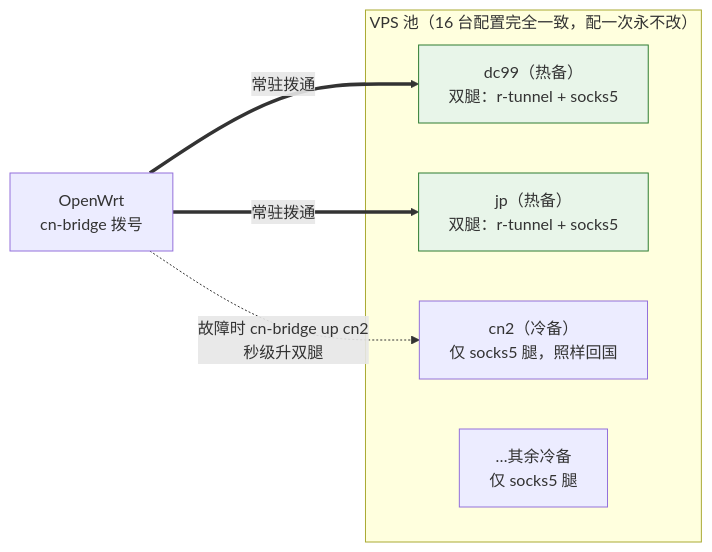
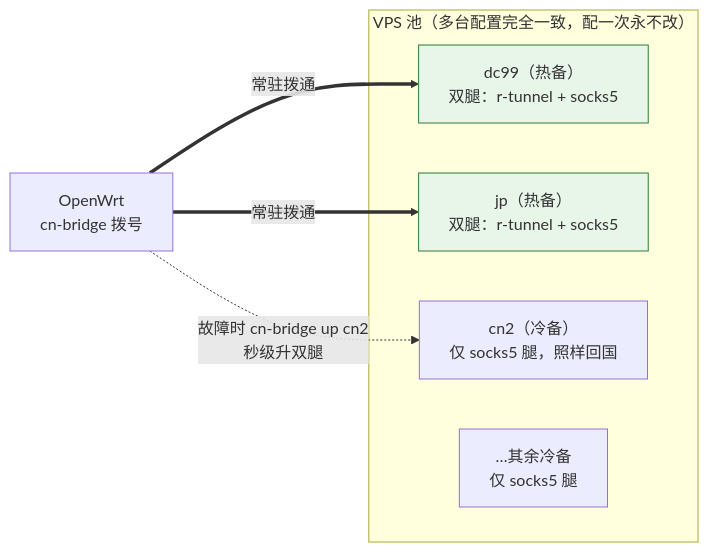
The fourth of 9 diagrams in sources/openwrt/README.md (currycan/sb-xray), drawn with Mermaid before and after one commit. The commit also changed other lines of this file and 23 other files, not shown here.

````diff
--- a/sources/openwrt/README.md
+++ b/sources/openwrt/README.md
@@ -81,16 +81,16 @@
 ```mermaid
 flowchart LR
-    subgraph pool["VPS 池（16 台配置完全一致，配一次永不改）"]
+    subgraph pool["VPS 池（多台配置完全一致，配一次永不改）"]
         H1["dc99（热备）<br/>双腿：r-tunnel + socks5"]
         H2["jp（热备）<br/>双腿：r-tunnel + socks5"]
         C1["cn2（冷备）<br/>仅 socks5 腿，照样回国"]
         C2["…其余冷备<br/>仅 socks5 腿"]
     end
     OW["OpenWrt<br/>cn-bridge 拨号"]
     OW == "常驻拨通" ==> H1
     OW == "常驻拨通" ==> H2
     OW -. "故障时 cn-bridge up cn2<br/>秒级升双腿" .-> C1
 
     style H1 fill:#e8f5e9,stroke:#2e7d32
     style H2 fill:#e8f5e9,stroke:#2e7d32
 ```
````
